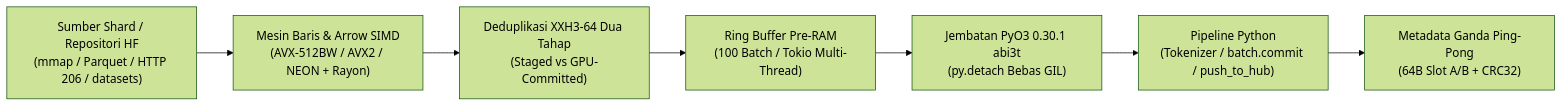
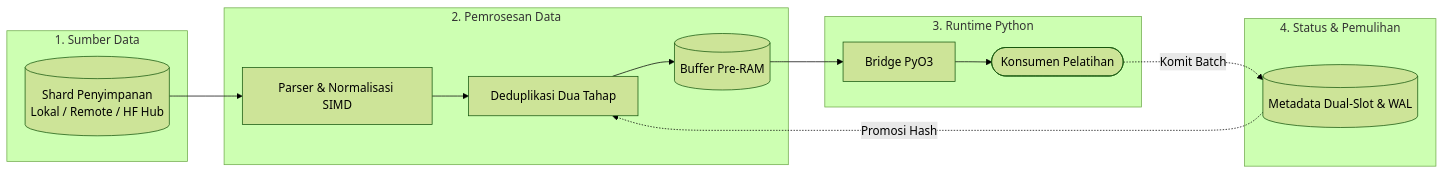
Before and after one commit to cloverx-id/luminamoon: the diagram in dataloader/README.id.md, drawn with Mermaid (forest theme). The commit also changed 33 other files, not shown here.

Commit message:
change diagram style

````diff
--- a/dataloader/README.id.md
+++ b/dataloader/README.id.md
@@ -25,9 +25,23 @@
 ```mermaid
 flowchart LR
-    Sources["Sumber Shard / Repositori HF\n(mmap / Parquet / HTTP 206 / datasets)"] --> SimdScan["Mesin Baris & Arrow SIMD\n(AVX-512BW / AVX2 / NEON + Rayon)"]
-    SimdScan --> Dedup["Deduplikasi XXH3-64 Dua Tahap\n(Staged vs GPU-Committed)"]
-    Dedup --> PreRam["Ring Buffer Pre-RAM\n(100 Batch / Tokio Multi-Thread)"]
-    PreRam --> PyBridge["Jembatan PyO3 0.30.1 abi3t\n(py.detach Bebas GIL)"]
-    PyBridge --> Hooks["Pipeline Python\n(Tokenizer / batch.commit / push_to_hub)"]
-    Hooks --> Meta["Metadata Ganda Ping-Pong\n(64B Slot A/B + CRC32)"]
+    subgraph Ingestion["1. Sumber Data"]
+        Sources[("Shard Penyimpanan\nLokal / Remote / HF Hub")]
+    end
+
+    subgraph Processing["2. Pemrosesan Data"]
+        SIMD["Parser & Normalisasi SIMD"] --> Dedup["Deduplikasi Dua Tahap"]
+        Dedup --> PreRam[("Buffer Pre-RAM")]
+    end
+
+    subgraph Runtime["3. Runtime Python"]
+        PreRam --> Bridge["Bridge PyO3"]
+        Bridge --> Consumer(["Konsumen Pelatihan"])
+    end
+
+    subgraph Storage["4. Status & Pemulihan"]
+        Consumer -.->|"Komit Batch"| Checkpoint[("Metadata Dual-Slot & WAL")]
+        Checkpoint -.->|"Promosi Hash"| Dedup
+    end
+
+    Sources --> SIMD
 ```
````
